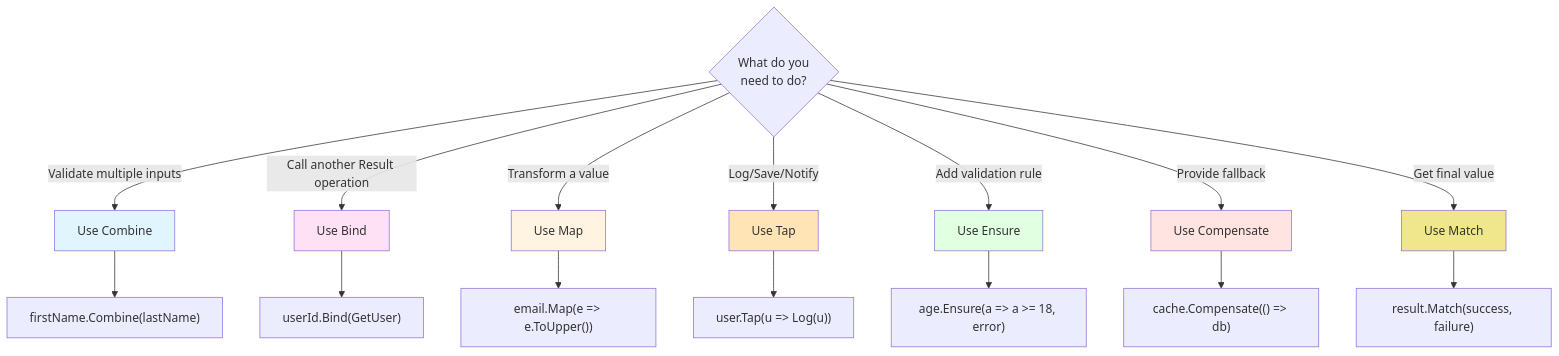
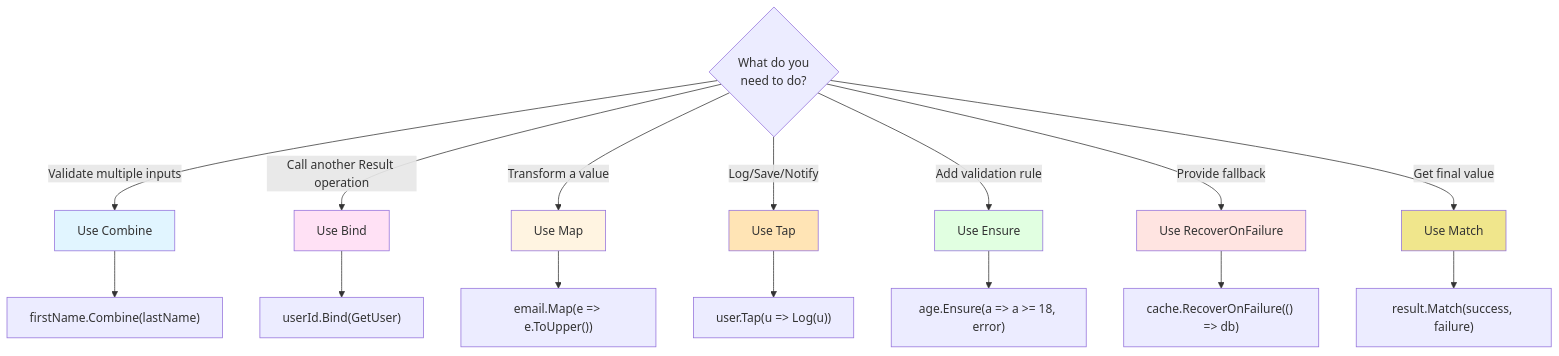
One commit to xavierjohn/FunctionalDDD changed the third of 3 diagrams in docs/docfx_project/articles/basics.md. Above: the diagram before and after it, drawn with Mermaid. The commit also changed other lines of this file and 36 other files, not shown here.

````diff
--- a/docs/docfx_project/articles/basics.md
+++ b/docs/docfx_project/articles/basics.md
@@ -623,28 +623,28 @@
 ```mermaid
 flowchart TD
     START{What do you<br/>need to do?}
     
     START -->|Validate multiple inputs| COMBINE[Use Combine]
     START -->|Call another Result operation| BIND[Use Bind]
     START -->|Transform a value| MAP[Use Map]
     START -->|Log/Save/Notify| TAP[Use Tap]
     START -->|Add validation rule| ENSURE[Use Ensure]
-    START -->|Provide fallback| COMPENSATE[Use Compensate]
+    START -->|Provide fallback| RecoverOnFailure[Use RecoverOnFailure]
     START -->|Get final value| MATCH[Use Match]
     
     COMBINE --> CODE1["firstName.Combine(lastName)"]
     BIND --> CODE2["userId.Bind(GetUser)"]
     MAP --> CODE3["email.Map(e => e.ToUpper())"]
     TAP --> CODE4["user.Tap(u => Log(u))"]
     ENSURE --> CODE5["age.Ensure(a => a >= 18, error)"]
-    COMPENSATE --> CODE6["cache.Compensate(() => db)"]
+    RecoverOnFailure --> CODE6["cache.RecoverOnFailure(() => db)"]
     MATCH --> CODE7["result.Match(success, failure)"]
     
     style COMBINE fill:#E1F5FF
     style BIND fill:#FFE1F5
     style MAP fill:#FFF4E1
     style TAP fill:#FFE4B5
     style ENSURE fill:#E1FFE1
-    style COMPENSATE fill:#FFE4E1
+    style RecoverOnFailure fill:#FFE4E1
     style MATCH fill:#F0E68C
 ```
````
